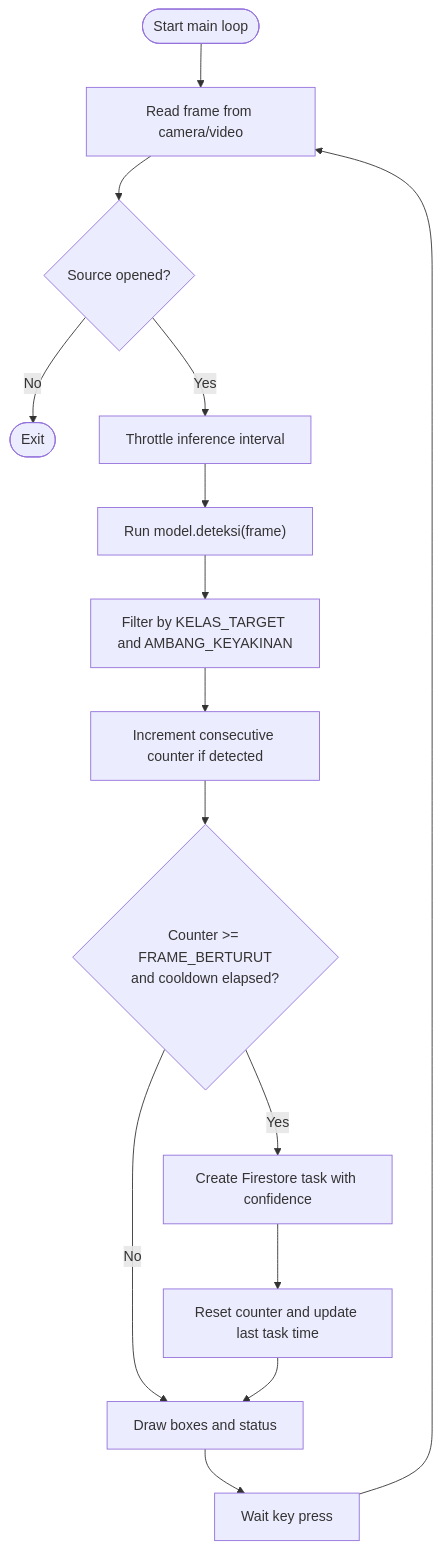
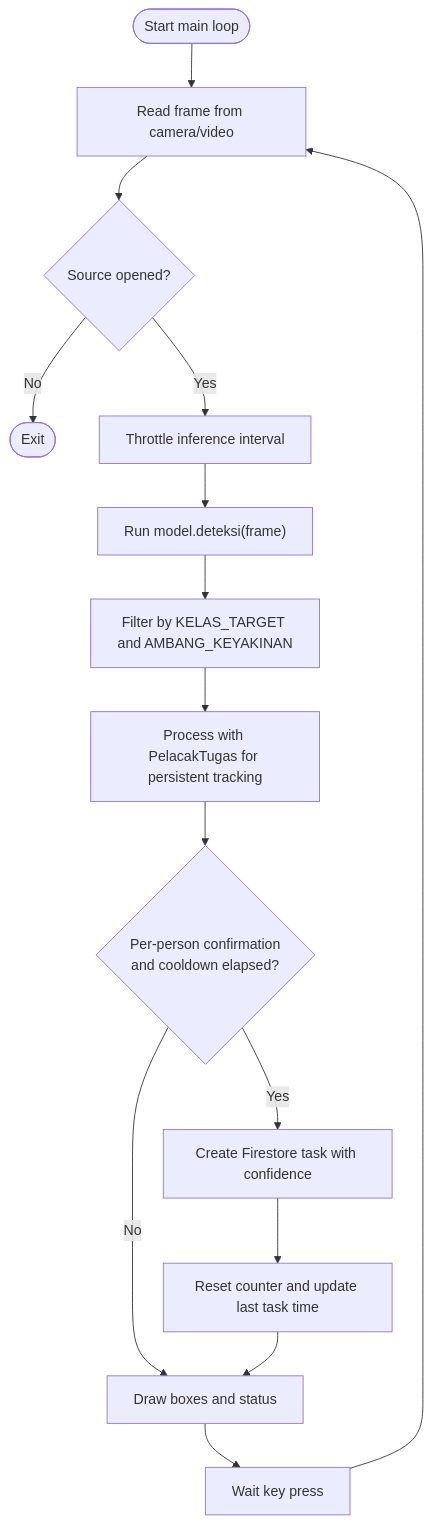
One commit to rdsarjito/whoosh-ramah changed the third of 9 diagrams in .qoder/repowiki/en/content/AI Detection System/AI Detection System.md. Above: the diagram before and after it, drawn with Mermaid. The commit also changed other lines of this file and 68 other files, not shown here.

````diff
--- a/.qoder/repowiki/en/content/AI Detection System/AI Detection System.md
+++ b/.qoder/repowiki/en/content/AI Detection System/AI Detection System.md
@@ -137,17 +159,17 @@
 ```mermaid
 flowchart TD
 Start(["Start main loop"]) --> ReadFrame["Read frame from camera/video"]
 ReadFrame --> CheckSource{"Source opened?"}
 CheckSource --> |No| End(["Exit"])
 CheckSource --> |Yes| Throttle["Throttle inference interval"]
 Throttle --> Detect["Run model.deteksi(frame)"]
 Detect --> Filter["Filter by KELAS_TARGET and AMBANG_KEYAKINAN"]
-Filter --> Consistency["Increment consecutive counter if detected"]
-Consistency --> Confirm{"Counter >= FRAME_BERTURUT<br/>and cooldown elapsed?"}
+Filter --> Track["Process with PelacakTugas for persistent tracking"]
+Track --> Confirm{"Per-person confirmation<br/>and cooldown elapsed?"}
 Confirm --> |No| Draw["Draw boxes and status"]
 Confirm --> |Yes| CreateTask["Create Firestore task with confidence"]
 CreateTask --> Reset["Reset counter and update last task time"]
 Reset --> Draw
 Draw --> Wait["Wait key press"]
 Wait --> ReadFrame
 ```
````
